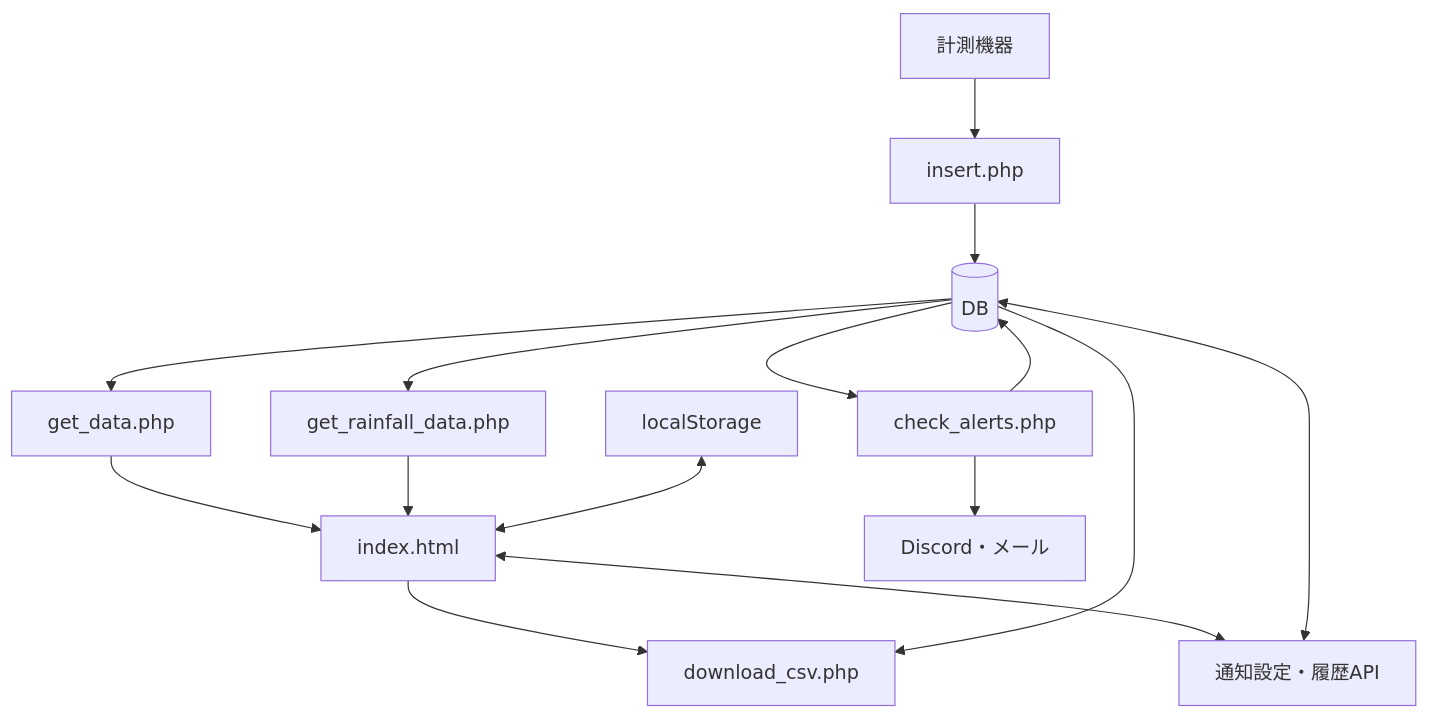
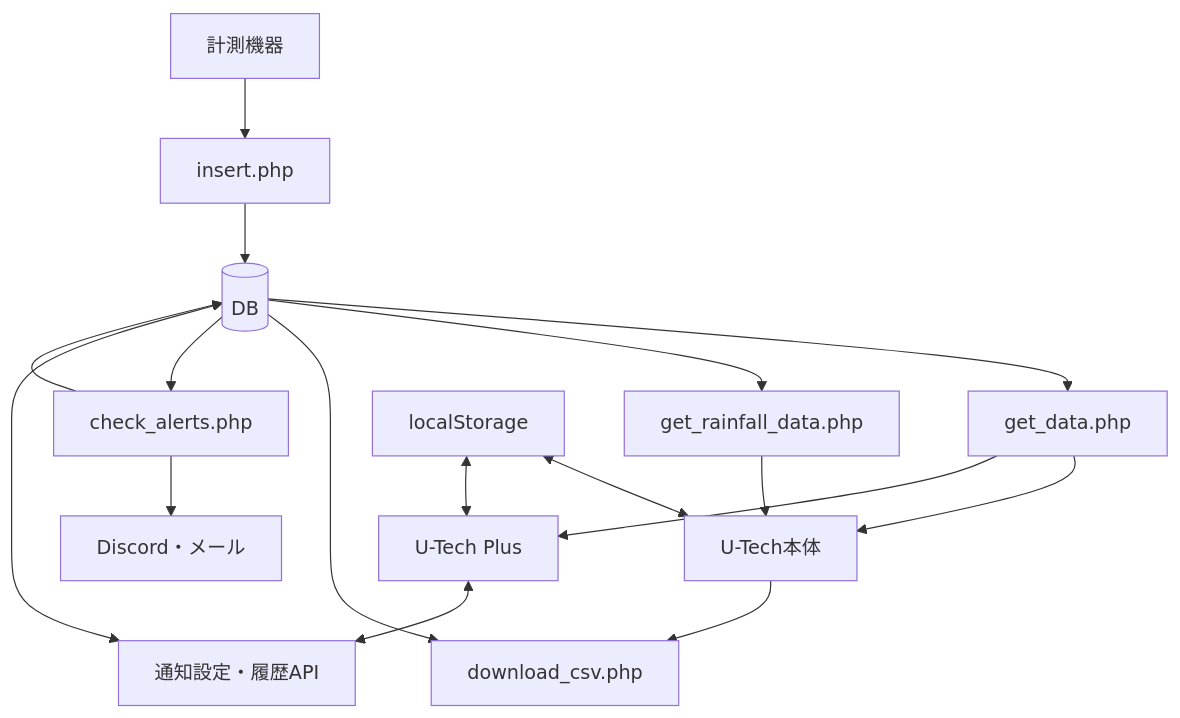
One commit to majikinamoto/greenhouse-iot changed the diagram in docs/u-tech-handover.md. Above: the diagram before and after it, drawn with Mermaid. The commit also changed other lines of this file and 5 other files, not shown here.

Commit message:
Refresh U-Tech documentation and comments for the modular architecture

````diff
--- a/docs/u-tech-handover.md
+++ b/docs/u-tech-handover.md
@@ -17,17 +48,19 @@
 ```mermaid
 flowchart TD
     Device[計測機器] --> Insert[insert.php]
     Insert --> DB[(DB)]
     DB --> Data[get_data.php]
     DB --> Rain[get_rainfall_data.php]
-    Data --> UI[index.html]
-    Rain --> UI
-    UI --> CSV[download_csv.php]
+    Data --> Main[U-Tech本体]
+    Data --> Plus[U-Tech Plus]
+    Rain --> Main
+    Main --> CSV[download_csv.php]
     DB --> CSV
-    UI <--> Settings[通知設定・履歴API]
+    Plus <--> Settings[通知設定・履歴API]
     Settings <--> DB
     DB --> Alerts[check_alerts.php]
     Alerts --> Delivery[Discord・メール]
     Alerts --> DB
-    Storage[localStorage] <--> UI
+    Storage[localStorage] <--> Main
+    Storage <--> Plus
 ```
````
